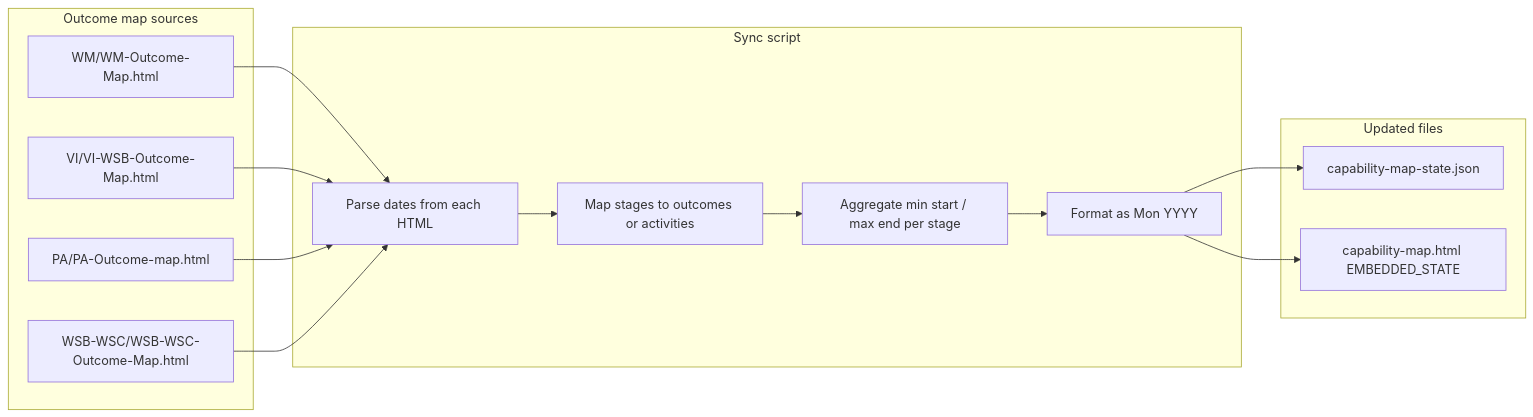
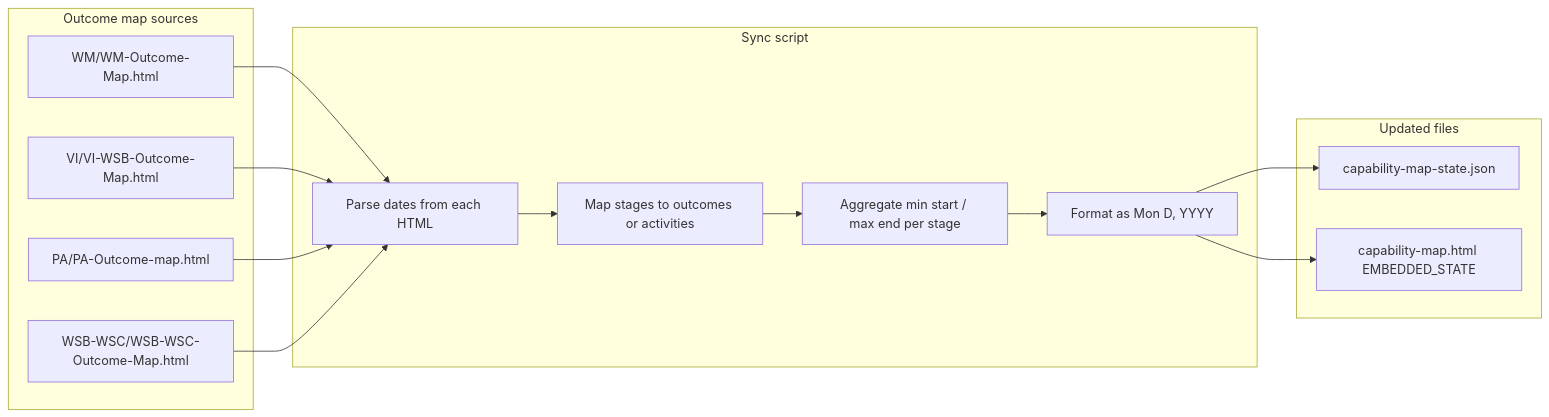
Before and after one commit to ndkramer/DMSi-Ops-Readiness-II-Plan: the diagram in Documentation/Capacity-Map-Target-Date-Updates.md, drawn with Mermaid. The commit also changed other lines of this file and 25 other files, not shown here.

````diff
--- a/Documentation/Capacity-Map-Target-Date-Updates.md
+++ b/Documentation/Capacity-Map-Target-Date-Updates.md
@@ -39,31 +40,31 @@
 ```mermaid
 flowchart LR
   subgraph inputs [Outcome map sources]
     WM[WM/WM-Outcome-Map.html]
     VI[VI/VI-WSB-Outcome-Map.html]
     PA[PA/PA-Outcome-map.html]
     WSBWSC[WSB-WSC/WSB-WSC-Outcome-Map.html]
   end
 
   subgraph script [Sync script]
     Parse[Parse dates from each HTML]
     Map[Map stages to outcomes or activities]
     Aggregate[Aggregate min start / max end per stage]
-    Format[Format as Mon YYYY]
+    Format[Format as Mon D, YYYY]
   end
 
   subgraph outputs [Updated files]
     JSON[capability-map-state.json]
     HTML[capability-map.html EMBEDDED_STATE]
   end
 
   WM --> Parse
   VI --> Parse
   PA --> Parse
   WSBWSC --> Parse
   Parse --> Map
   Map --> Aggregate
   Aggregate --> Format
   Format --> JSON
   Format --> HTML
 ```
````
